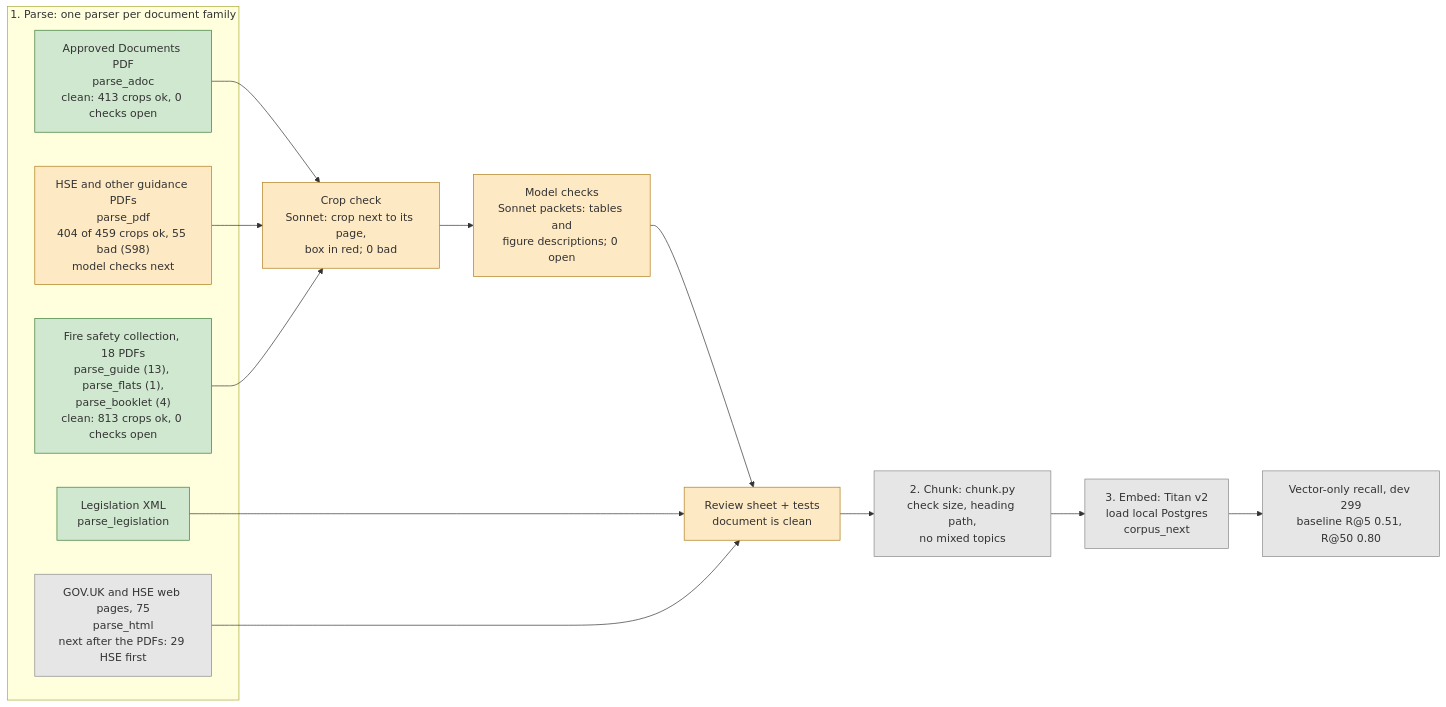
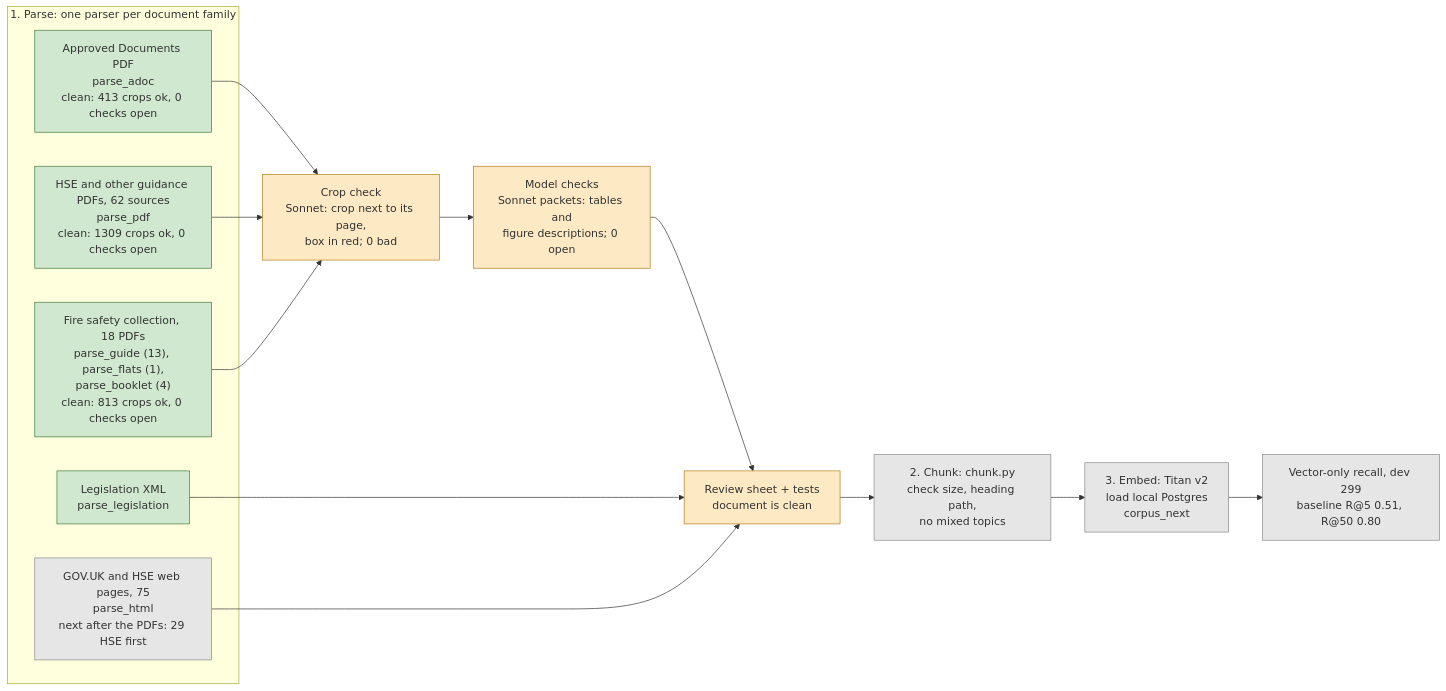
The diagram in evals/PLAN.md (florinmarcus/builders_lab), drawn with Mermaid before and after one commit. The commit also changed other lines of this file and 3 other files, not shown here.

First line of the commit message:
Model checks: supplier-information at 0 open checks; every parse_pdf source now 0 open

````diff
--- a/evals/PLAN.md
+++ b/evals/PLAN.md
@@ -32,26 +32,26 @@
 ```mermaid
 flowchart LR
     subgraph parse["1. Parse: one parser per document family"]
         leg["Legislation XML<br/>parse_legislation"]:::done
         adoc["Approved Documents PDF<br/>parse_adoc<br/>clean: 413 crops ok, 0 checks open"]:::done
-        hse["HSE and other guidance PDFs<br/>parse_pdf<br/>404 of 459 crops ok, 55 bad (S98)<br/>model checks next"]:::wip
+        hse["HSE and other guidance PDFs, 62 sources<br/>parse_pdf<br/>clean: 1309 crops ok, 0 checks open"]:::done
         guide["Fire safety collection, 18 PDFs<br/>parse_guide (13), parse_flats (1),<br/>parse_booklet (4)<br/>clean: 813 crops ok, 0 checks open"]:::done
         html["GOV.UK and HSE web pages, 75<br/>parse_html<br/>next after the PDFs: 29 HSE first"]:::todo
     end
     crop["Crop check<br/>Sonnet: crop next to its page,<br/>box in red; 0 bad"]:::wip
     mc["Model checks<br/>Sonnet packets: tables and<br/>figure descriptions; 0 open"]:::wip
     rev["Review sheet + tests<br/>document is clean"]:::wip
     chunk["2. Chunk: chunk.py<br/>check size, heading path,<br/>no mixed topics"]:::todo
     emb["3. Embed: Titan v2<br/>load local Postgres<br/>corpus_next"]:::todo
     rec["Vector-only recall, dev 299<br/>baseline R@5 0.51, R@50 0.80"]:::todo
     adoc --> crop
     hse --> crop
     guide --> crop
     crop --> mc --> rev
     leg --> rev
     html --> rev
     rev --> chunk --> emb --> rec
     classDef done fill:#cfe8cf,stroke:#3a7d3a
     classDef wip fill:#fde9c4,stroke:#b07d1a
     classDef todo fill:#e6e6e6,stroke:#888
 ```
````
